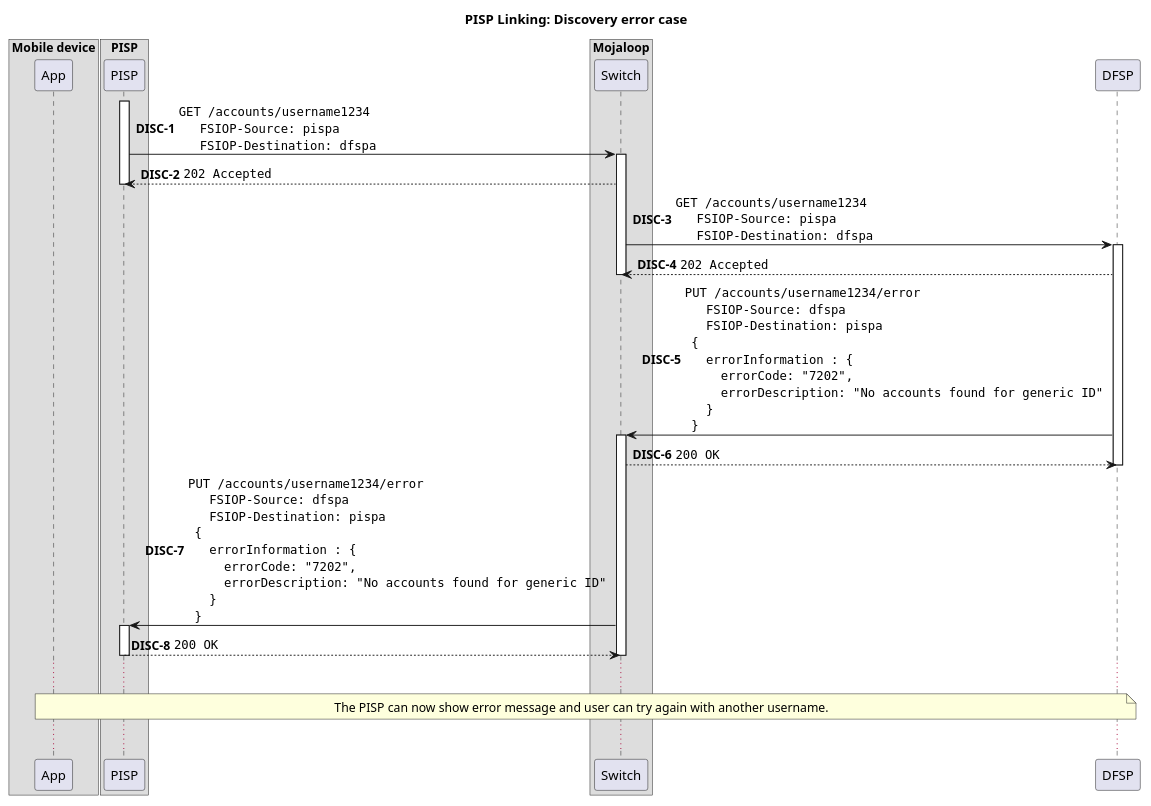
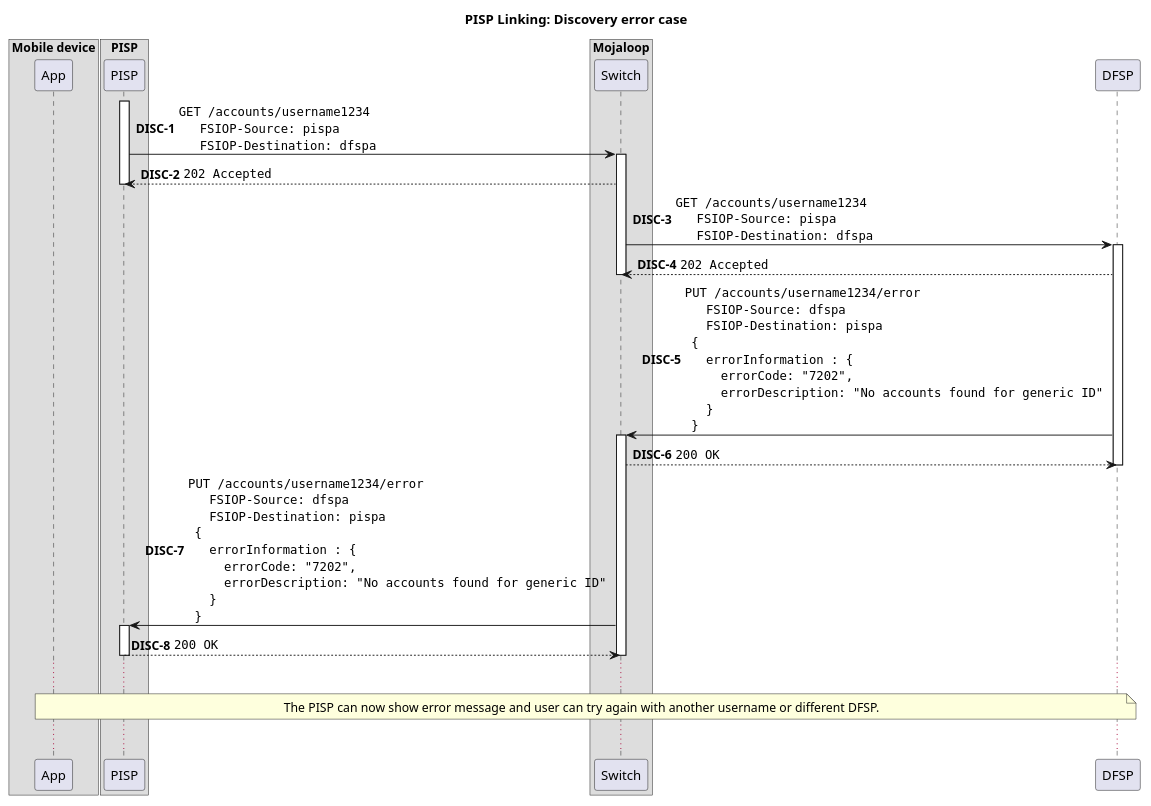
One commit to mojaloop/pisp-project changed the diagram in docs/linking/error_scenarios/1-discovery-error.puml. Above: the diagram before and after it, drawn with PlantUML. The commit also changed 2 other files, not shown here.

Commit message:
chore: add consentRequests error codes

```diff
--- a/docs/linking/error_scenarios/1-discovery-error.puml
+++ b/docs/linking/error_scenarios/1-discovery-error.puml
@@ -1,67 +1,67 @@
 @startuml
 
 title PISP Linking: Discovery error case
 
 box "Mobile device"
     participant App
 end box
 
 box "PISP"
     participant PISP
 end box
 
 box "Mojaloop"
     participant Switch
 end box
 
 participant DFSP
 
 autonumber 1 "<b>DISC-#</b>"
 activate PISP
 
 PISP -> Switch ++: ""GET /accounts/username1234""\n\
   ""  FSIOP-Source: pispa""\n\
   ""  FSIOP-Destination: dfspa""
 Switch --> PISP: ""202 Accepted""
 deactivate PISP
 
 Switch -> DFSP ++: ""GET /accounts/username1234""\n\
   ""  FSIOP-Source: pispa""\n\
   ""  FSIOP-Destination: dfspa""
 DFSP --> Switch: ""202 Accepted""
 deactivate Switch
 
 DFSP -> Switch ++: ""PUT /accounts/username1234/error""\n\
   ""  FSIOP-Source: dfspa""\n\
   ""  FSIOP-Destination: pispa""\n\
   ""{""\n\
   ""  errorInformation : { ""\n\
   ""    errorCode: "7202", ""\n\
   ""    errorDescription: "No accounts found for generic ID" ""\n\
   ""  } ""\n\
   ""}""
 Switch --> DFSP: ""200 OK""
 deactivate DFSP
 
 Switch -> PISP ++: ""PUT /accounts/username1234/error""\n\
   ""  FSIOP-Source: dfspa""\n\
   ""  FSIOP-Destination: pispa""\n\
   ""{""\n\
   ""  errorInformation : { ""\n\
   ""    errorCode: "7202", ""\n\
   ""    errorDescription: "No accounts found for generic ID" ""\n\
   ""  } ""\n\
   ""}""
 PISP --> Switch: ""200 OK""
 deactivate Switch
 deactivate PISP
 
 ...
 
 note over App, DFSP
-  The PISP can now show error message and user can try again with another username.
+  The PISP can now show error message and user can try again with another username or different DFSP.
 end note
 
 ...
 
 @enduml
```
